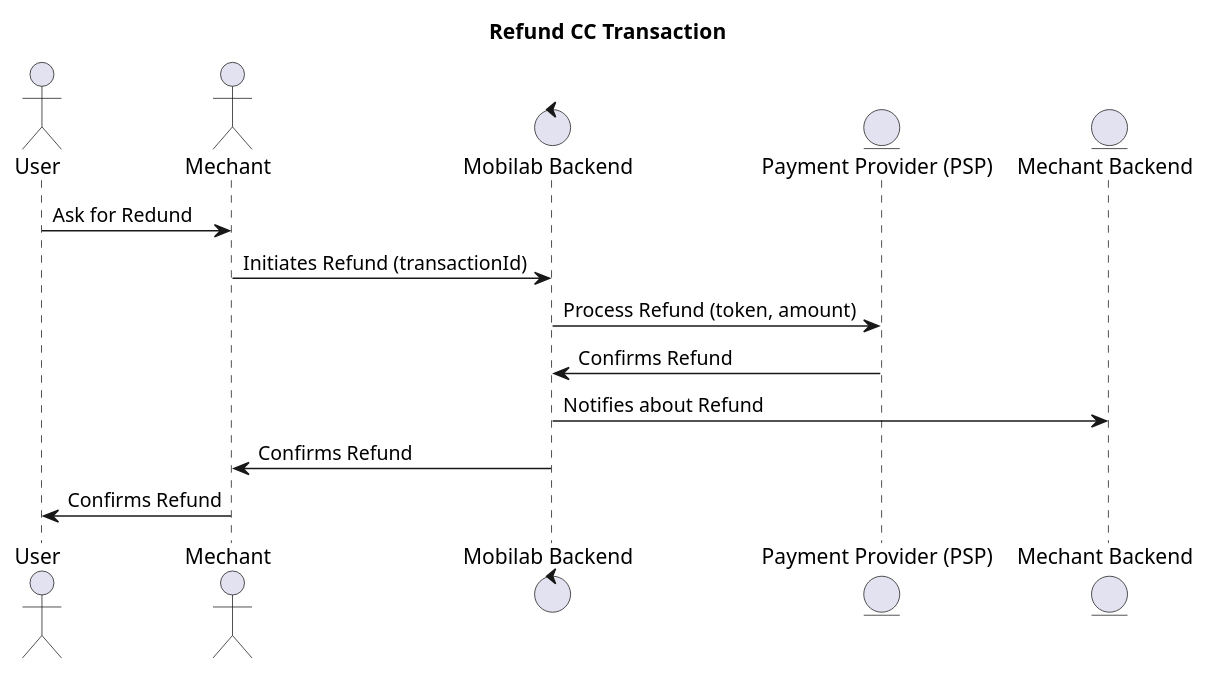
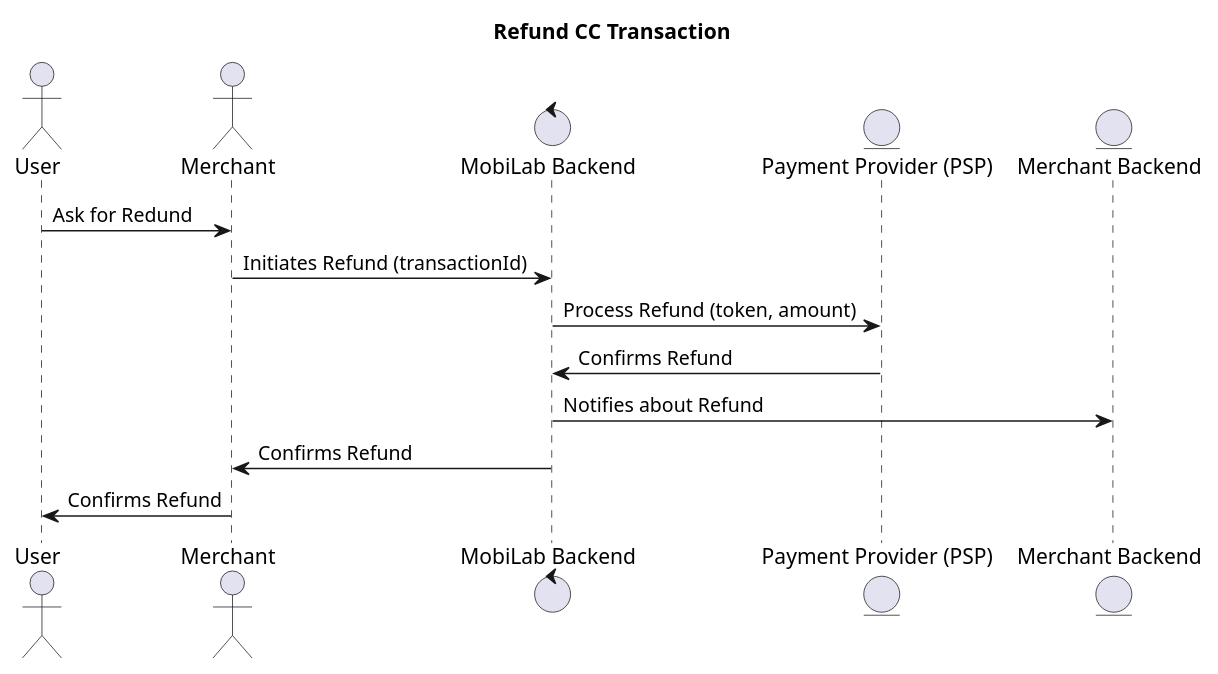
The diagram in diagrams/refund_cc.wsd (mobilabsolutions/stash-sdk-wiki), drawn with PlantUML before and after one commit. The commit also changed 13 other files, not shown here.

```diff
--- a/diagrams/refund_cc.wsd
+++ b/diagrams/refund_cc.wsd
@@ -1,19 +1,19 @@
 @startuml
 
 title "Refund CC Transaction"
 
 actor "User" as User
-actor "Mechant" as Mechant
-control "Mobilab Backend" as MBE
+actor "Merchant" as Merchant
+control "MobiLab Backend" as MBE
 entity "Payment Provider (PSP)" as PSP
-entity "Mechant Backend" as MEC
+entity "Merchant Backend" as MEC
 
-User -> Mechant: Ask for Redund
-Mechant -> MBE: Initiates Refund (transactionId)
+User -> Merchant: Ask for Redund
+Merchant -> MBE: Initiates Refund (transactionId)
 MBE -> PSP: Process Refund (token, amount)
 PSP -> MBE: Confirms Refund
 MBE -> MEC: Notifies about Refund
-MBE -> Mechant: Confirms Refund
-Mechant -> User: Confirms Refund
+MBE -> Merchant: Confirms Refund
+Merchant -> User: Confirms Refund
 
 @enduml
```
